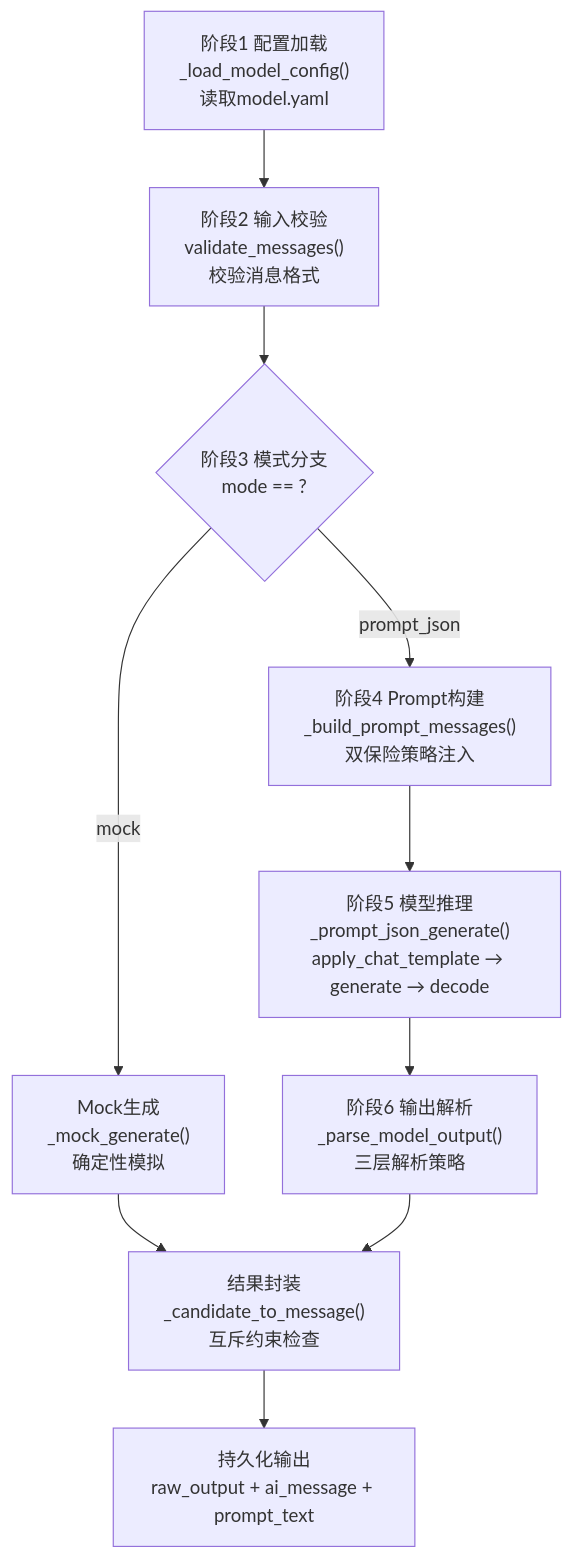
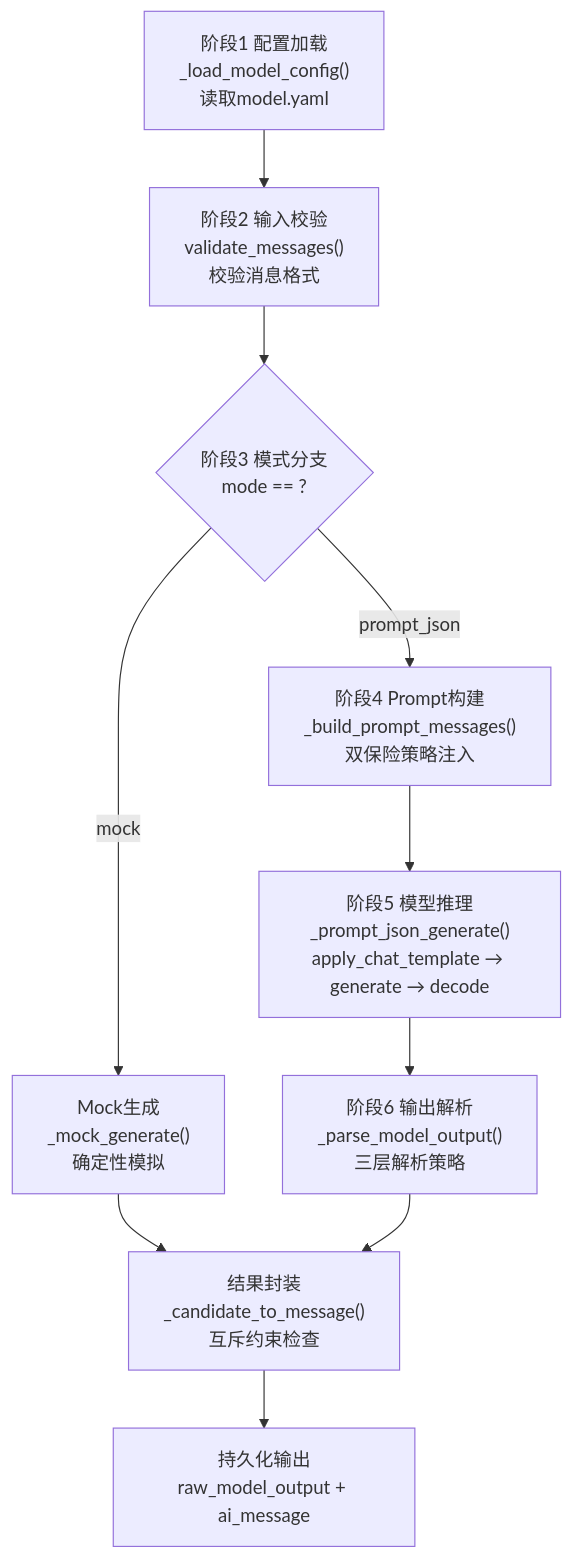
The second of 4 diagrams in stalux/posts/人工智能实训Day4：Agent智能体系统Proposal——B4 LLM决策模块.md (xingwangzhe/stalux), drawn with Mermaid before and after one commit. The commit also changed other lines of this file, not shown here.

````diff
--- a/stalux/posts/人工智能实训Day4：Agent智能体系统Proposal——B4 LLM决策模块.md
+++ b/stalux/posts/人工智能实训Day4：Agent智能体系统Proposal——B4 LLM决策模块.md
@@ -127,28 +126,28 @@
 ```mermaid
 flowchart TD
     A["阶段1 配置加载
 _load_model_config()
 读取model.yaml"] --> B["阶段2 输入校验
 validate_messages()
 校验消息格式"]
     B --> C{"阶段3 模式分支
 mode == ?"}
     C -- "mock" --> D["Mock生成
 _mock_generate()
 确定性模拟"]
     C -- "prompt_json" --> E["阶段4 Prompt构建
 _build_prompt_messages()
 双保险策略注入"]
     E --> F["阶段5 模型推理
 _prompt_json_generate()
 apply_chat_template → generate → decode"]
     F --> G["阶段6 输出解析
 _parse_model_output()
 三层解析策略"]
     D --> H["结果封装
 _candidate_to_message()
 互斥约束检查"]
     G --> H
     H --> I["持久化输出
-raw_output + ai_message + prompt_text"]
+raw_model_output + ai_message"]
 ```
````
